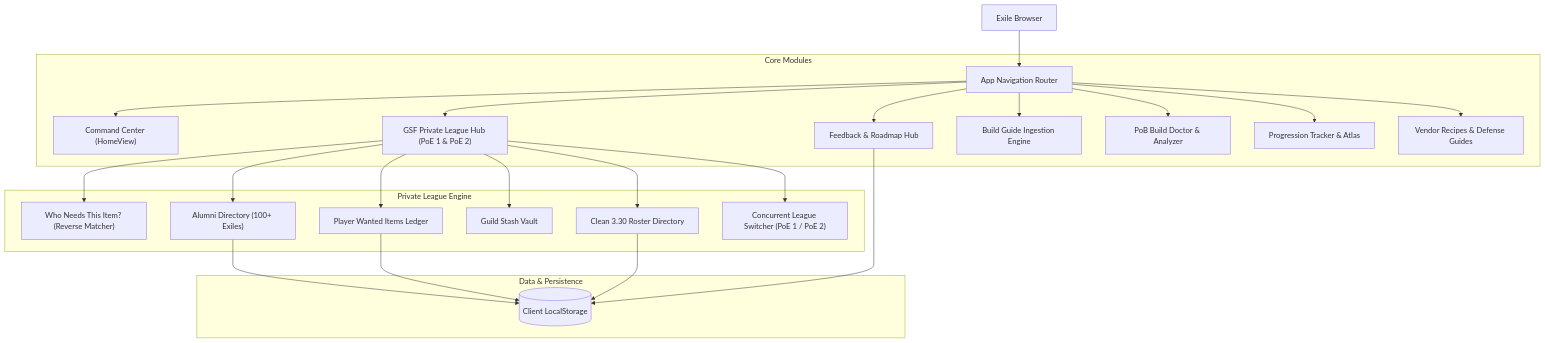
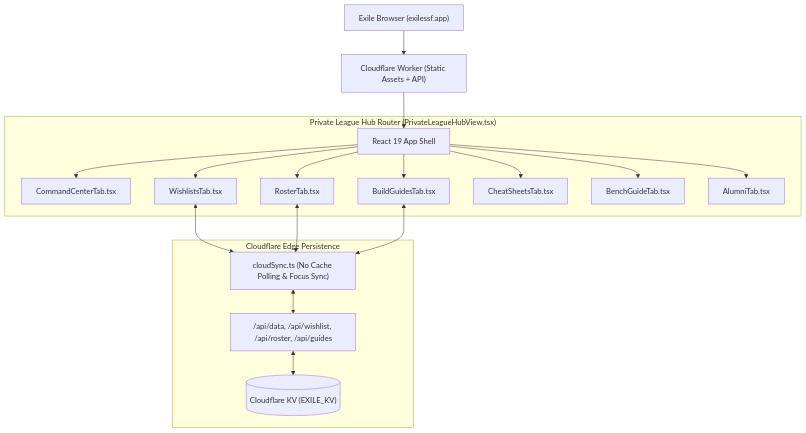
Before and after one commit to Leuie/exile-ssf: the diagram in README.md, drawn with Mermaid. The commit also changed other lines of this file, not shown here.

Commit message:
Update README with modular tab architecture, Cloudflare KV sync, and 3.30.0d updates

````diff
--- a/README.md
+++ b/README.md
@@ -83,30 +71,23 @@
 ```mermaid
 flowchart TD
-    User["Exile Browser"] --> Router["App Navigation Router"]
-    
-    subgraph "Core Modules"
-        Router --> Home["Command Center (HomeView)"]
-        Router --> GSF["GSF Private League Hub (PoE 1 & PoE 2)"]
-        Router --> Feedback["Feedback & Roadmap Hub"]
-        Router --> Ingest["Build Guide Ingestion Engine"]
-        Router --> Doctor["PoB Build Doctor & Analyzer"]
-        Router --> Progression["Progression Tracker & Atlas"]
-        Router --> Mechanics["Vendor Recipes & Defense Guides"]
+    User["Exile Browser (exilessf.app)"] --> Worker["Cloudflare Worker (Static Assets + API)"]
+    Worker --> App["React 19 App Shell"]
+
+    subgraph "Private League Hub Router (PrivateLeagueHubView.tsx)"
+        App --> Tab1["CommandCenterTab.tsx"]
+        App --> Tab2["WishlistsTab.tsx"]
+        App --> Tab3["RosterTab.tsx"]
+        App --> Tab4["BuildGuidesTab.tsx"]
+        App --> Tab5["CheatSheetsTab.tsx"]
+        App --> Tab6["BenchGuideTab.tsx"]
+        App --> Tab7["AlumniTab.tsx"]
     end
-    
-    subgraph "Private League Engine"
-        GSF --> DropMatcher["Who Needs This Item? (Reverse Matcher)"]
-        GSF --> Roster["Clean 3.30 Roster Directory"]
-        GSF --> Wishlist["Player Wanted Items Ledger"]
-        GSF --> Vault["Guild Stash Vault"]
-        GSF --> Alumni["Alumni Directory (100+ Exiles)"]
-        GSF --> SessionCtrl["Concurrent League Switcher (PoE 1 / PoE 2)"]
-    end
-    
-    subgraph "Data & Persistence"
-        Alumni --> LocalStorage[("Client LocalStorage")]
-        Wishlist --> LocalStorage
-        Roster --> LocalStorage
-        Feedback --> LocalStorage
+
+    subgraph "Cloudflare Edge Persistence"
+        Tab2 <--> Sync["cloudSync.ts (No Cache Polling & Focus Sync)"]
+        Tab3 <--> Sync
+        Tab4 <--> Sync
+        Sync <--> API["/api/data, /api/wishlist, /api/roster, /api/guides"]
+        API <--> KV[("Cloudflare KV (EXILE_KV)")]
     end
 ```
````
